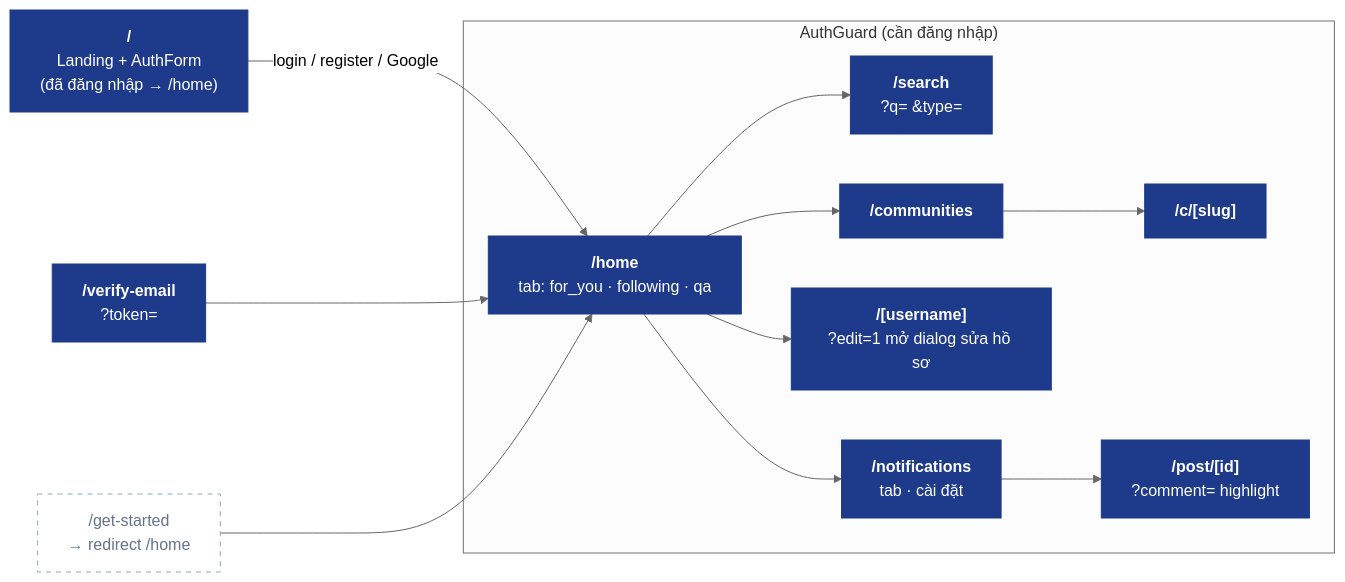
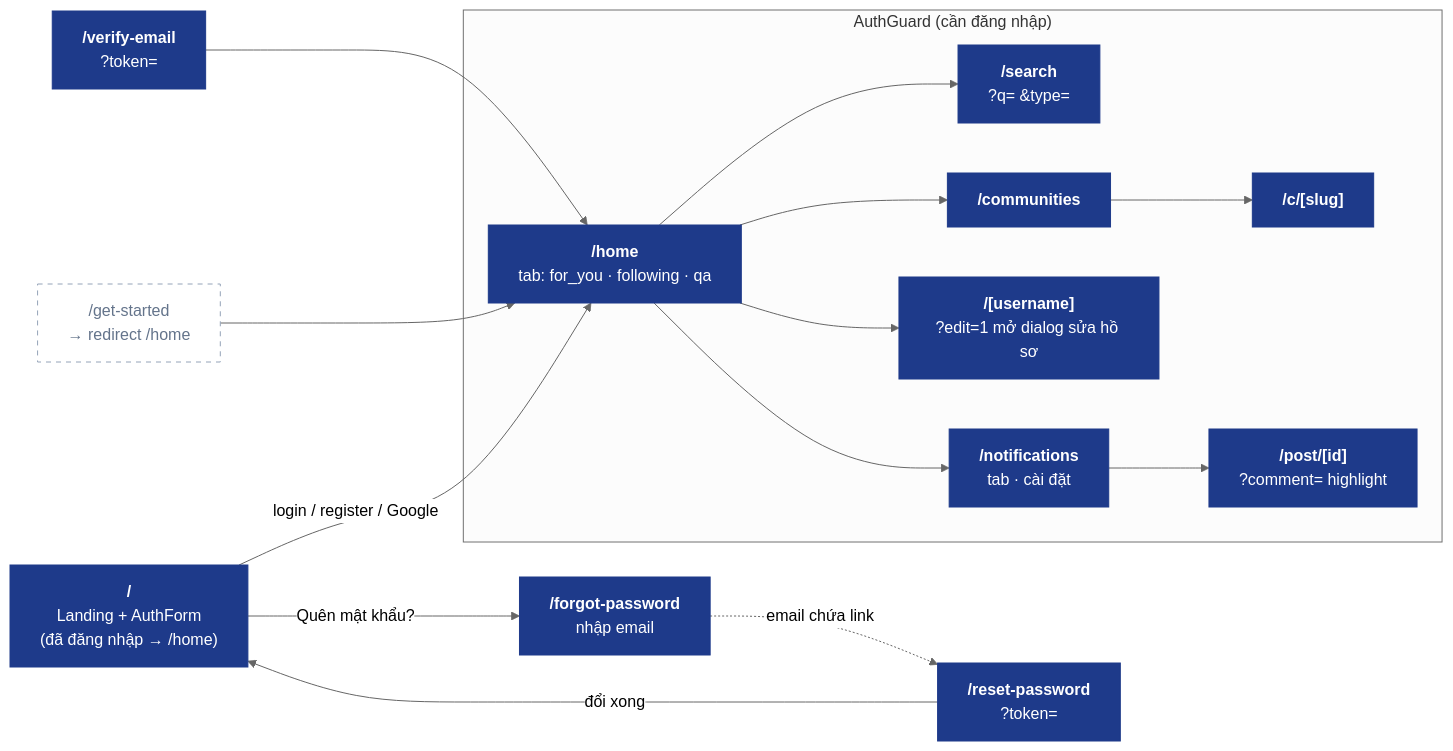
The first of 2 diagrams in docs/diagrams/07-web-app.md (nhatcoi/pu-connect), drawn with Mermaid (neutral theme) before and after one commit. The commit also changed other lines of this file and 3 other files, not shown here.

Commit message:
docs: password reset flow, endpoints and routes

````diff
--- a/docs/diagrams/07-web-app.md
+++ b/docs/diagrams/07-web-app.md
@@ -7,28 +7,33 @@
 ```mermaid
 flowchart LR
   landing["<b>/</b><br/>Landing + AuthForm<br/>(đã đăng nhập → /home)"]
   verify["<b>/verify-email</b><br/>?token="]
+  forgot["<b>/forgot-password</b><br/>nhập email"]
+  reset["<b>/reset-password</b><br/>?token="]
   getstarted["/get-started<br/>→ redirect /home"]
 
   subgraph guarded["AuthGuard (cần đăng nhập)"]
     home["<b>/home</b><br/>tab: for_you · following · qa"]
     search["<b>/search</b><br/>?q= &type="]
     comms["<b>/communities</b>"]
     comm["<b>/c/[slug]</b>"]
     profile["<b>/[username]</b><br/>?edit=1 mở dialog sửa hồ sơ"]
     notif["<b>/notifications</b><br/>tab · cài đặt"]
     post["<b>/post/[id]</b><br/>?comment= highlight"]
   end
 
   landing -->|login / register / Google| home
   verify --> home
+  landing -->|Quên mật khẩu?| forgot
+  forgot -.->|email chứa link| reset
+  reset -->|đổi xong| landing
   getstarted --> home
   home --> search & comms & profile & notif
   notif --> post
   comms --> comm
 
   classDef page fill:#1e3a8a,stroke:#1e3a8a,color:#fff
   classDef redirect fill:#fff,stroke:#94a3b8,color:#64748b,stroke-dasharray:5 5
-  class landing,verify,home,search,comms,comm,profile,notif,post page
+  class landing,verify,forgot,reset,home,search,comms,comm,profile,notif,post page
   class getstarted redirect
 ```
````
